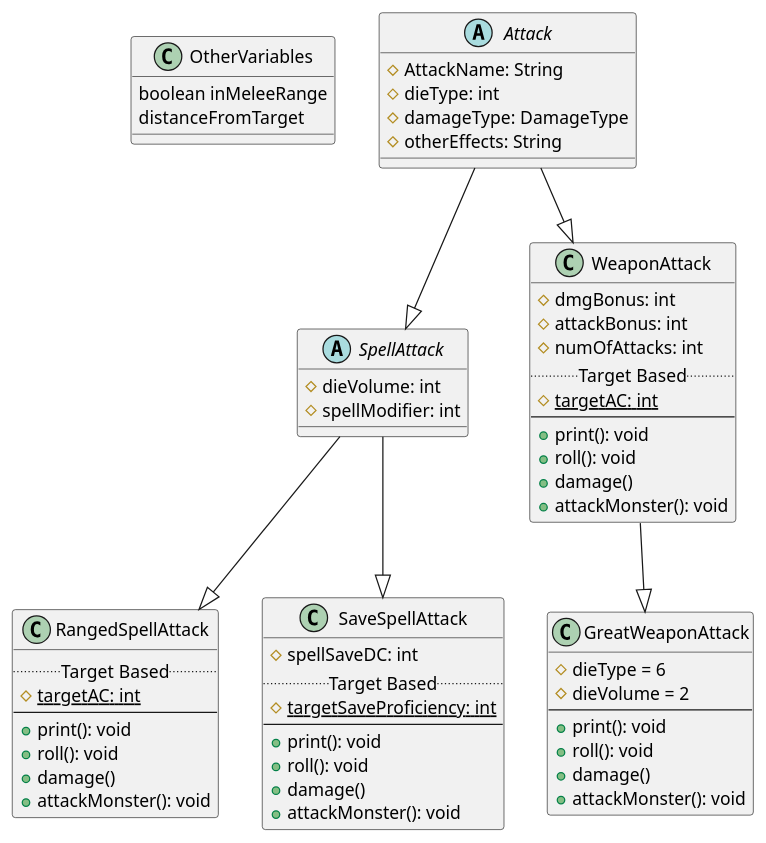
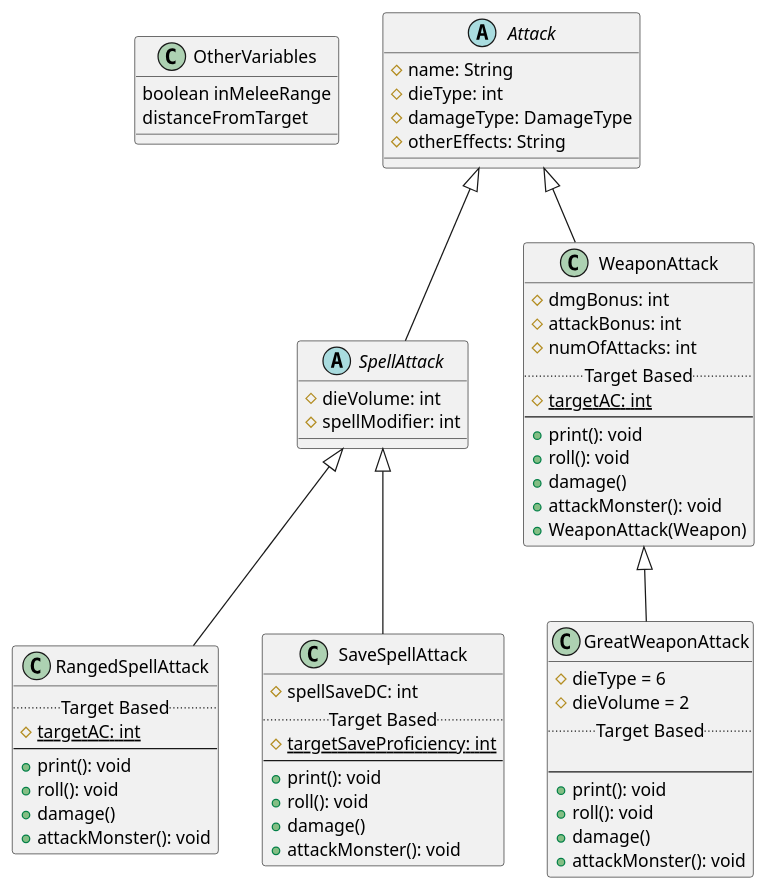
The diagram in src/main/java/me/Bazza491/DungeonsLibrary/Attack.puml (Bazza491/DungeonsLibrary), drawn with PlantUML before and after one commit. The commit also changed 11 other files, not shown here.

```diff
--- a/src/main/java/me/Bazza491/DungeonsLibrary/Attack.puml
+++ b/src/main/java/me/Bazza491/DungeonsLibrary/Attack.puml
@@ -1,73 +1,71 @@
 @startuml
 'https://plantuml.com/sequence-diagram
 
 class OtherVariables {
     boolean inMeleeRange
     distanceFromTarget
 }
 
 
 
 abstract class  Attack {
-    #AttackName: String
+    #name: String
     #dieType: int
     #damageType: DamageType
     #otherEffects: String
 }
 abstract class SpellAttack {
     #dieVolume: int
     #spellModifier: int
 }
 class RangedSpellAttack {
     .. Target Based ..
     {static} #targetAC: int
     --
     +print(): void
     +roll(): void
     +damage()
     +attackMonster(): void
 }
 class SaveSpellAttack {
     #spellSaveDC: int
     .. Target Based ..
     {static} #targetSaveProficiency: int
     --
     +print(): void
     +roll(): void
     +damage()
     +attackMonster(): void
 }
 class WeaponAttack {
     #dmgBonus: int
     #attackBonus: int
     #numOfAttacks: int
     .. Target Based ..
     {static} #targetAC: int
     --
     +print(): void
     +roll(): void
     +damage()
     +attackMonster(): void
+    +WeaponAttack(Weapon)
 }
 class GreatWeaponAttack {
     #dieType = 6
     #dieVolume = 2
+    .. Target Based ..
+
     --
     +print(): void
     +roll(): void
     +damage()
     +attackMonster(): void
 }
 
-
-
-
-Attack --|> SpellAttack
-Attack --|> WeaponAttack
-WeaponAttack --|> GreatWeaponAttack
-SpellAttack --|> RangedSpellAttack
-SpellAttack --|> SaveSpellAttack
-
-
+Attack <|-- SpellAttack
+Attack <|-- WeaponAttack
+WeaponAttack <|-- GreatWeaponAttack
+SpellAttack <|-- RangedSpellAttack
+SpellAttack <|-- SaveSpellAttack
 
 @enduml
```
